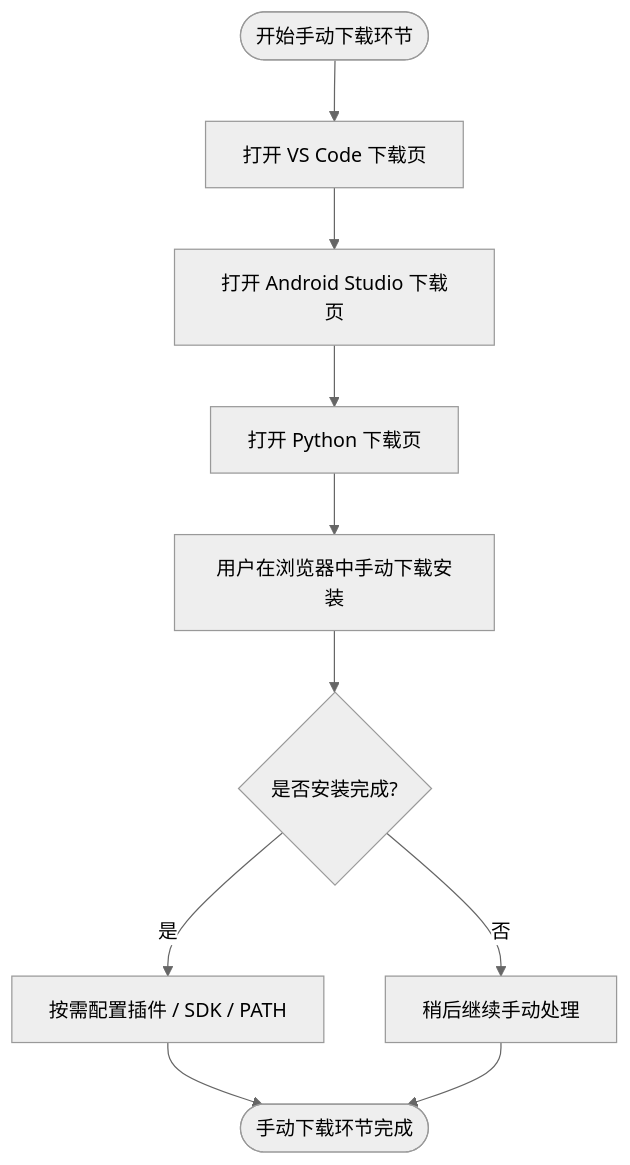
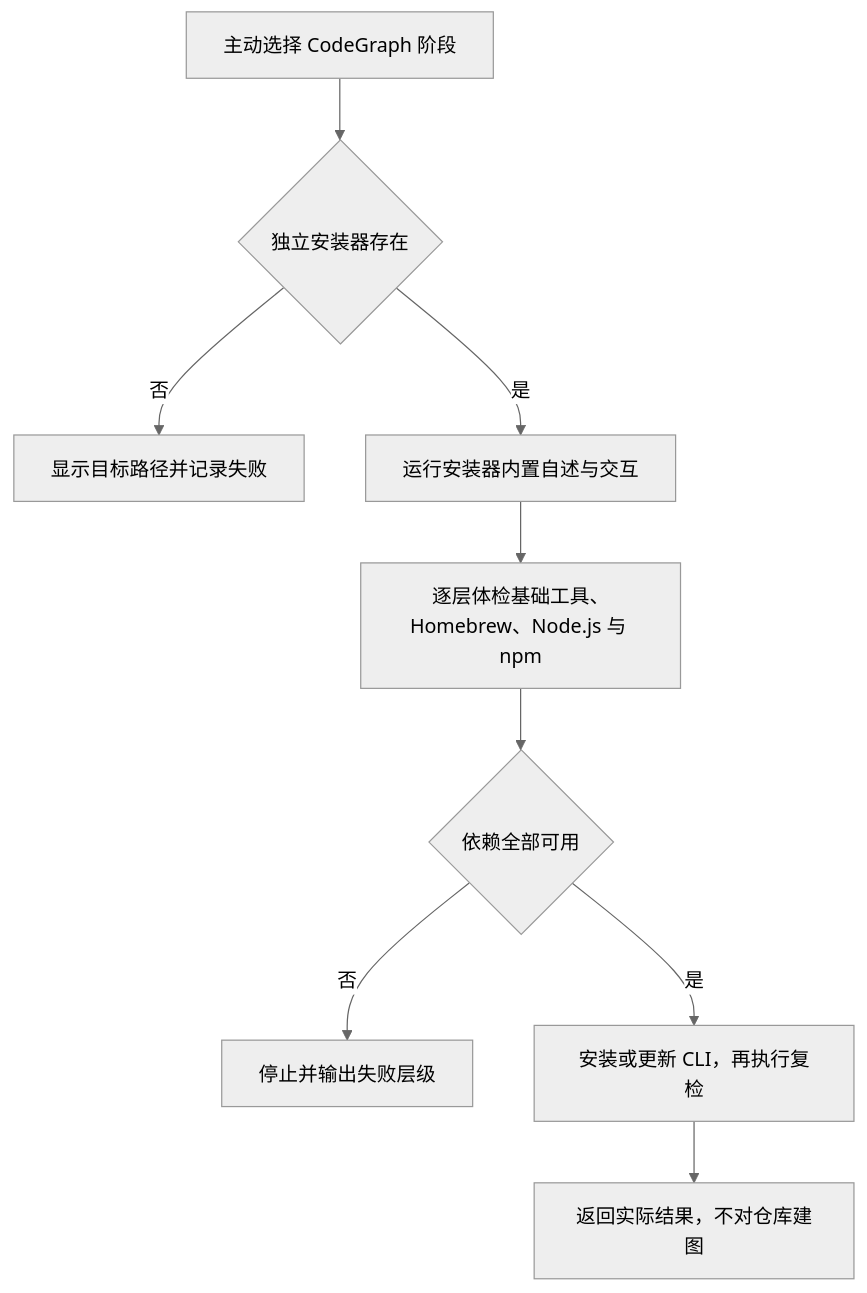
The third of 3 diagrams in README.md (JobsKits/JobsConfigOS), drawn with Mermaid (neutral theme) before and after one commit. The commit also changed other lines of this file and 6 other files, not shown here.

````diff
--- a/README.md
+++ b/README.md
@@ -673,12 +150,11 @@
 ```mermaid
 flowchart TD
-    A([开始手动下载环节]) --> B[打开 VS Code 下载页]
-    B --> C[打开 Android Studio 下载页]
-    C --> D[打开 Python 下载页]
-    D --> E[用户在浏览器中手动下载安装]
-    E --> F{是否安装完成?}
-    F -- 是 --> G[按需配置插件 / SDK / PATH]
-    F -- 否 --> H[稍后继续手动处理]
-    G --> I([手动下载环节完成])
-    H --> I
+    A["主动选择 CodeGraph 阶段"] --> B{"独立安装器存在"}
+    B -->|"否"| C["显示目标路径并记录失败"]
+    B -->|"是"| D["运行安装器内置自述与交互"]
+    D --> E["逐层体检基础工具、Homebrew、Node.js 与 npm"]
+    E --> F{"依赖全部可用"}
+    F -->|"否"| G["停止并输出失败层级"]
+    F -->|"是"| H["安装或更新 CLI，再执行复检"]
+    H --> I["返回实际结果，不对仓库建图"]
 ```
````
